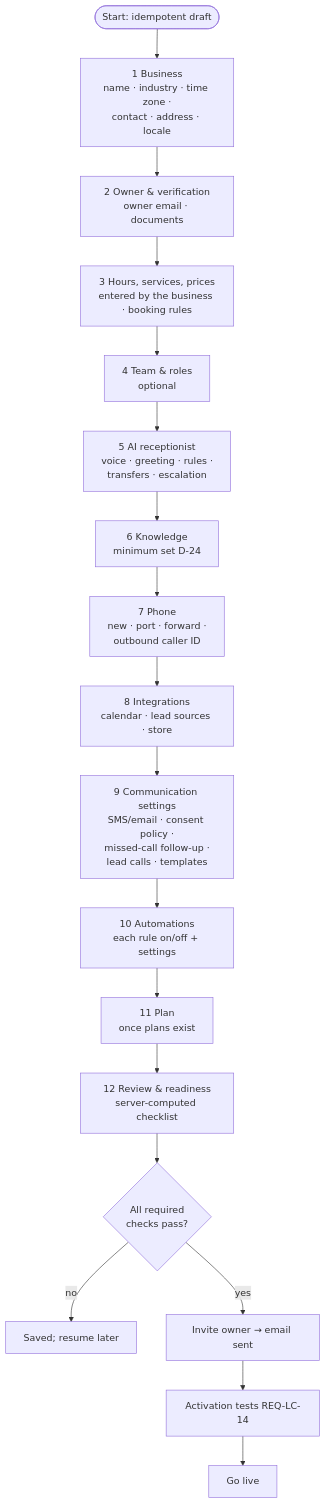
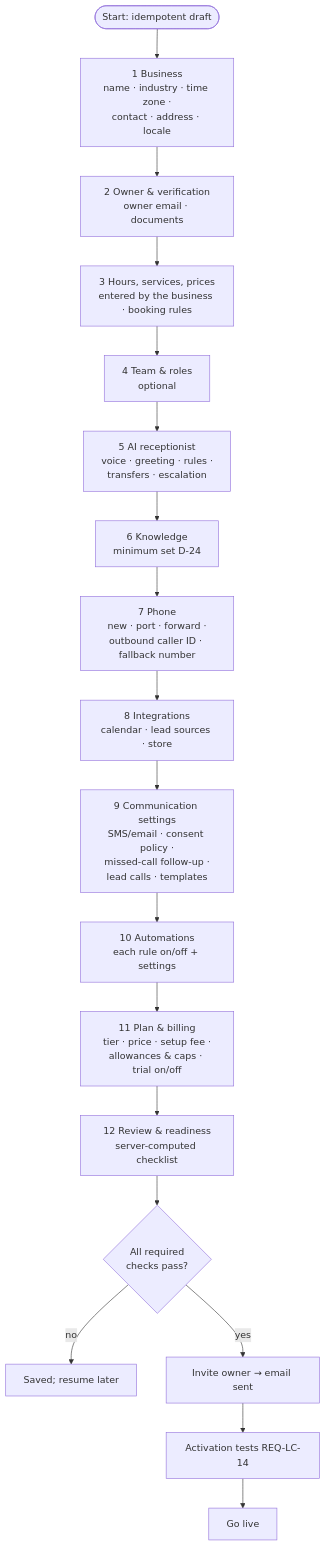
Before and after one commit to singhdhruv525-source/Zella-AI: diagram 20 of 23 in docs/ARCHITECTURE.md, drawn with Mermaid. The commit also changed other lines of this file and 1 other file, not shown here.

First line of the commit message:
Docs: the owner's billing, plans and refund policy in ARCHITECTURE §17

````diff
--- a/docs/ARCHITECTURE.md
+++ b/docs/ARCHITECTURE.md
@@ -1579,18 +1694,18 @@
 ```mermaid
 flowchart TD
   s([Start: idempotent draft]) --> b[1 Business<br/>name · industry · time zone ·<br/>contact · address · locale]
   b --> o[2 Owner & verification<br/>owner email · documents]
   o --> h[3 Hours, services, prices<br/>entered by the business · booking rules]
   h --> t[4 Team & roles<br/>optional]
   t --> r[5 AI receptionist<br/>voice · greeting · rules ·<br/>transfers · escalation]
   r --> k[6 Knowledge<br/>minimum set D-24]
-  k --> p[7 Phone<br/>new · port · forward ·<br/>outbound caller ID]
+  k --> p[7 Phone<br/>new · port · forward ·<br/>outbound caller ID · fallback number]
   p --> i[8 Integrations<br/>calendar · lead sources · store]
   i --> c[9 Communication settings<br/>SMS/email · consent policy ·<br/>missed-call follow-up ·<br/>lead calls · templates]
   c --> a[10 Automations<br/>each rule on/off + settings]
-  a --> pl[11 Plan<br/>once plans exist]
+  a --> pl[11 Plan & billing<br/>tier · price · setup fee ·<br/>allowances & caps · trial on/off]
   pl --> rv[12 Review & readiness<br/>server-computed checklist]
   rv --> act{All required<br/>checks pass?}
   act -- no --> save[Saved; resume later]
   act -- yes --> inv[Invite owner → email sent] --> test[Activation tests REQ-LC-14] --> live[Go live]
 ```
````
